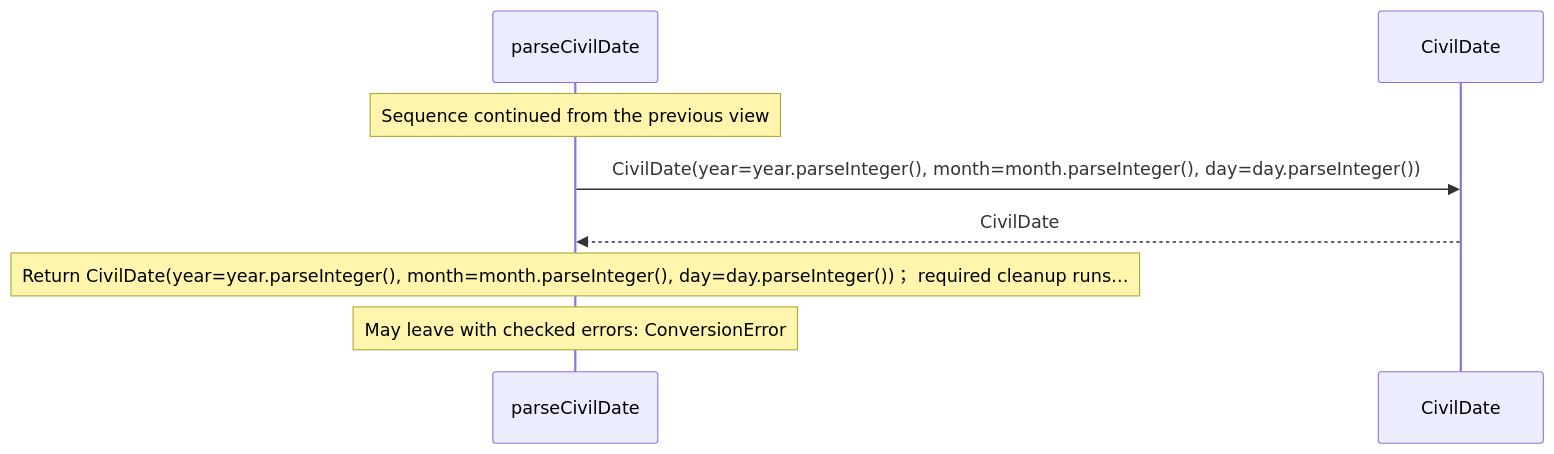
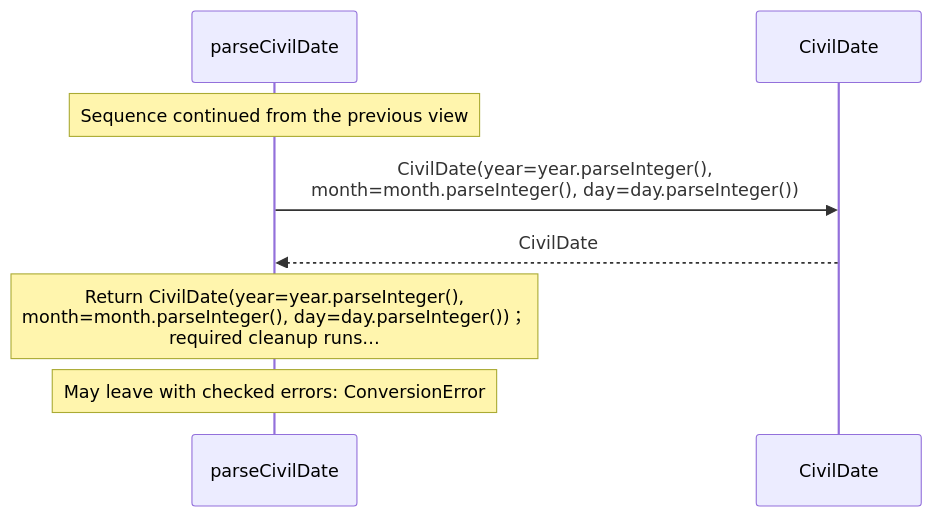
The sixth of 9 diagrams in src/stdlib/values/dates.aug.diagrams.md (GreenPandaStudios/augscript), drawn with Mermaid before and after one commit. The commit also changed other lines of this file and 200 other files, not shown here.

Commit message:
Group imported operations and wrap readable sequence messages

````diff
--- a/src/stdlib/values/dates.aug.diagrams.md
+++ b/src/stdlib/values/dates.aug.diagrams.md
@@ -164,10 +148,10 @@
 ```mermaid
 sequenceDiagram
     participant p0 as parseCivilDate
     participant p1 as CivilDate
     Note over p0: Sequence continued from the previous view
-    p0->>p1: CivilDate(year=year.parseInteger(), month=month.parseInteger(), day=day.parseInteger())
+    p0->>p1: CivilDate(year=year.parseInteger(),<br/>month=month.parseInteger(), day=day.parseInteger())
     p1-->>p0: CivilDate
-    Note over p0: Return CivilDate(year=year.parseInteger(), month=month.parseInteger(), day=day.parseInteger())； required cleanup runs…
+    Note over p0: Return CivilDate(year=year.parseInteger(),<br/>month=month.parseInteger(), day=day.parseInteger())；<br/>required cleanup runs…
     Note over p0: May leave with checked errors: ConversionError
 ```
````
